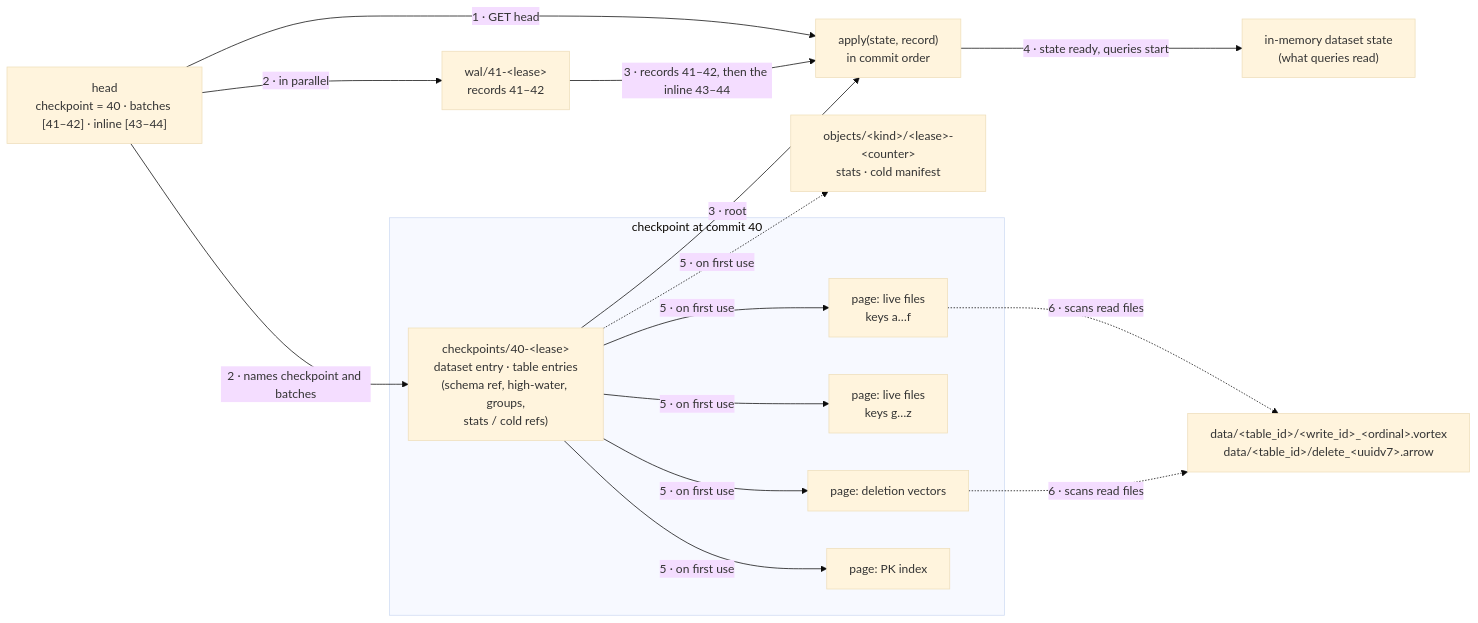
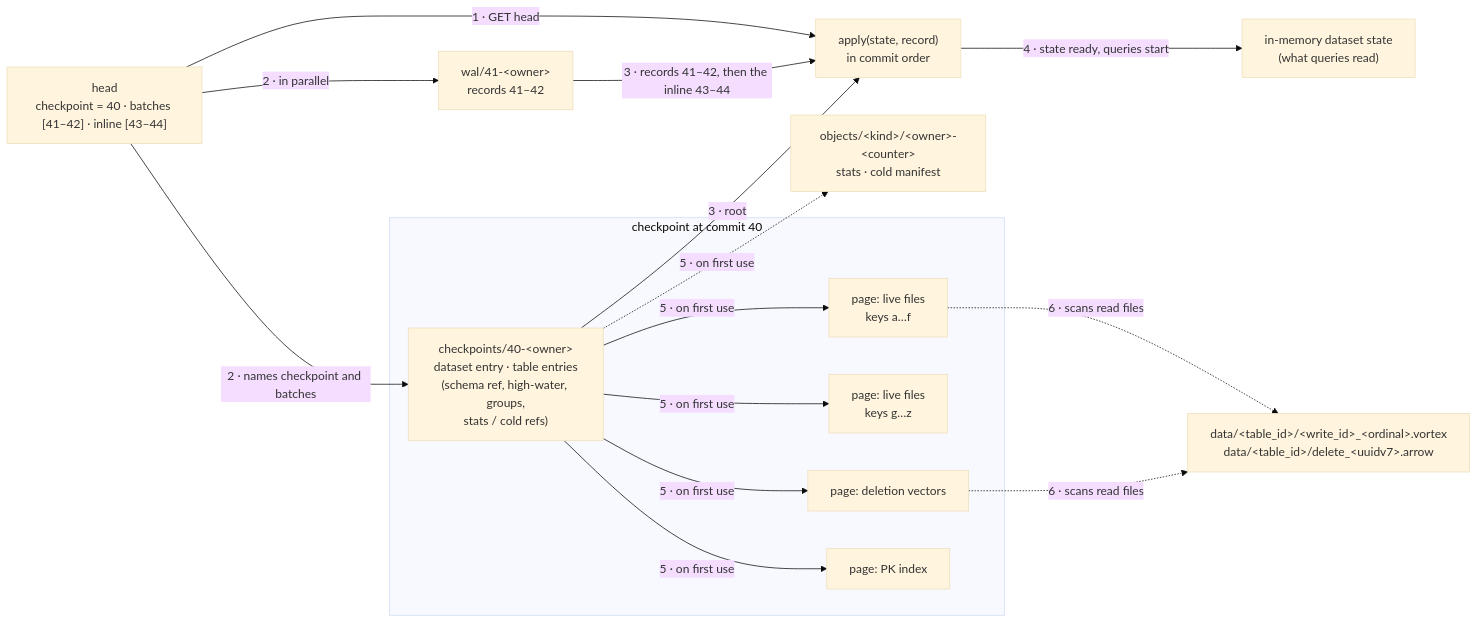
The second of 5 diagrams in docs/design/object-native-metastore-technical.md (spiceai/spiceai), drawn with Mermaid (base theme) before and after one commit. The commit also changed other lines of this file and 2 other files, not shown here.

First line of the commit message:
docs(design): name objects by owner, order standbys after data placement

````diff
--- a/docs/design/object-native-metastore-technical.md
+++ b/docs/design/object-native-metastore-technical.md
@@ -414,31 +414,31 @@
 ```mermaid
 flowchart LR
     HEAD["head<br/>checkpoint = 40 · batches [41–42] · inline [43–44]"]
 
     subgraph CKPT["checkpoint at commit 40"]
-        ROOT["checkpoints/40-&lt;lease&gt;<br/>dataset entry · table entries<br/>(schema ref, high-water, groups,<br/>stats / cold refs)"]
+        ROOT["checkpoints/40-&lt;owner&gt;<br/>dataset entry · table entries<br/>(schema ref, high-water, groups,<br/>stats / cold refs)"]
         P1["page: live files<br/>keys a…f"]
         P2["page: live files<br/>keys g…z"]
         P3["page: deletion vectors"]
         P4["page: PK index"]
         ROOT -->|"5 · on first use"| P1
         ROOT -->|"5 · on first use"| P2
         ROOT -->|"5 · on first use"| P3
         ROOT -->|"5 · on first use"| P4
     end
 
-    B41["wal/41-&lt;lease&gt;<br/>records 41–42"]
+    B41["wal/41-&lt;owner&gt;<br/>records 41–42"]
 
-    OBJ["objects/&lt;kind&gt;/&lt;lease&gt;-&lt;counter&gt;<br/>stats · cold manifest"]
+    OBJ["objects/&lt;kind&gt;/&lt;owner&gt;-&lt;counter&gt;<br/>stats · cold manifest"]
     VX["data/&lt;table_id&gt;/&lt;write_id&gt;_&lt;ordinal&gt;.vortex<br/>data/&lt;table_id&gt;/delete_&lt;uuidv7&gt;.arrow"]
 
     HEAD -->|"1 · GET head"| APPLY
     HEAD -->|"2 · names checkpoint and batches"| ROOT
     HEAD -->|"2 · in parallel"| B41
     ROOT -->|"3 · root"| APPLY["apply(state, record)<br/>in commit order"]
     B41 -->|"3 · records 41–42, then the inline 43–44"| APPLY
     APPLY -->|"4 · state ready, queries start"| MEM["in-memory dataset state<br/>(what queries read)"]
     ROOT -.->|"5 · on first use"| OBJ
     P1 -.->|"6 · scans read files"| VX
     P3 -.->|"6 · scans read files"| VX
 ```
````
